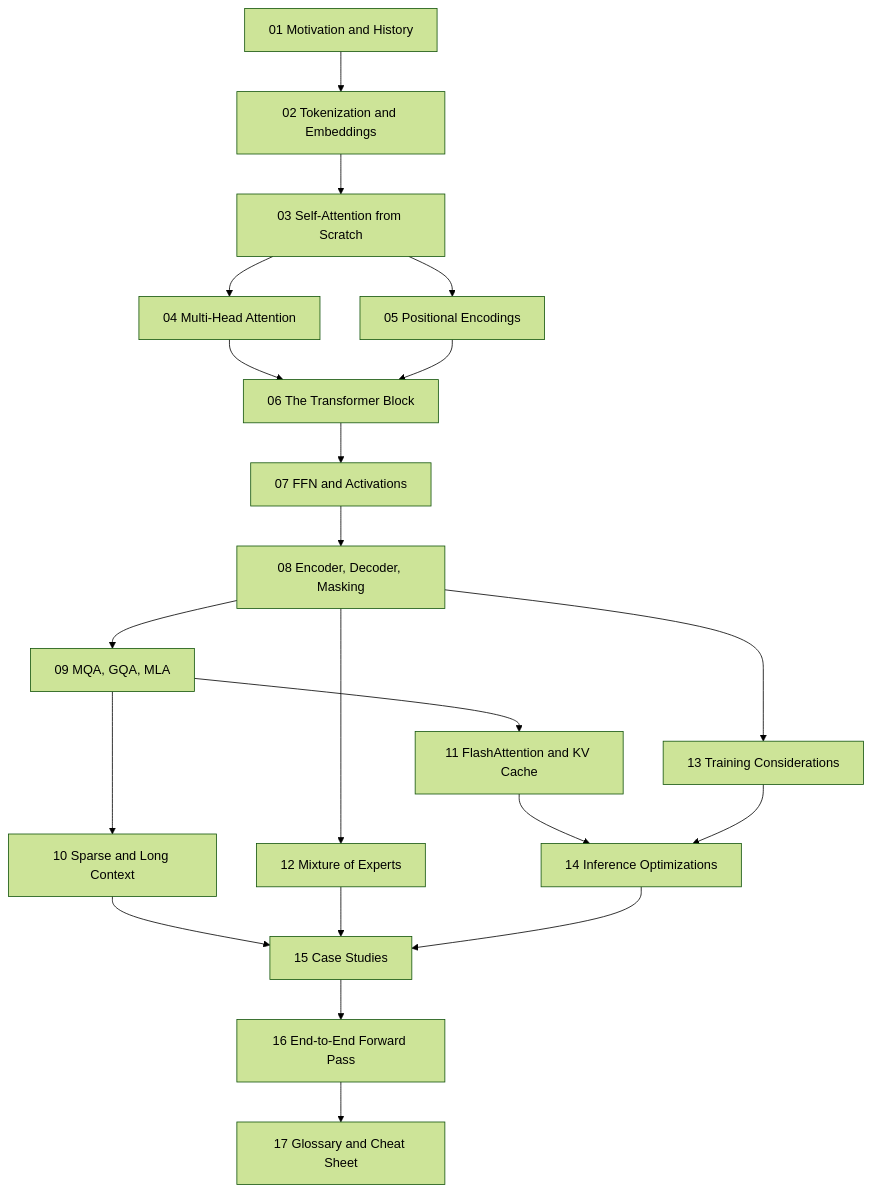
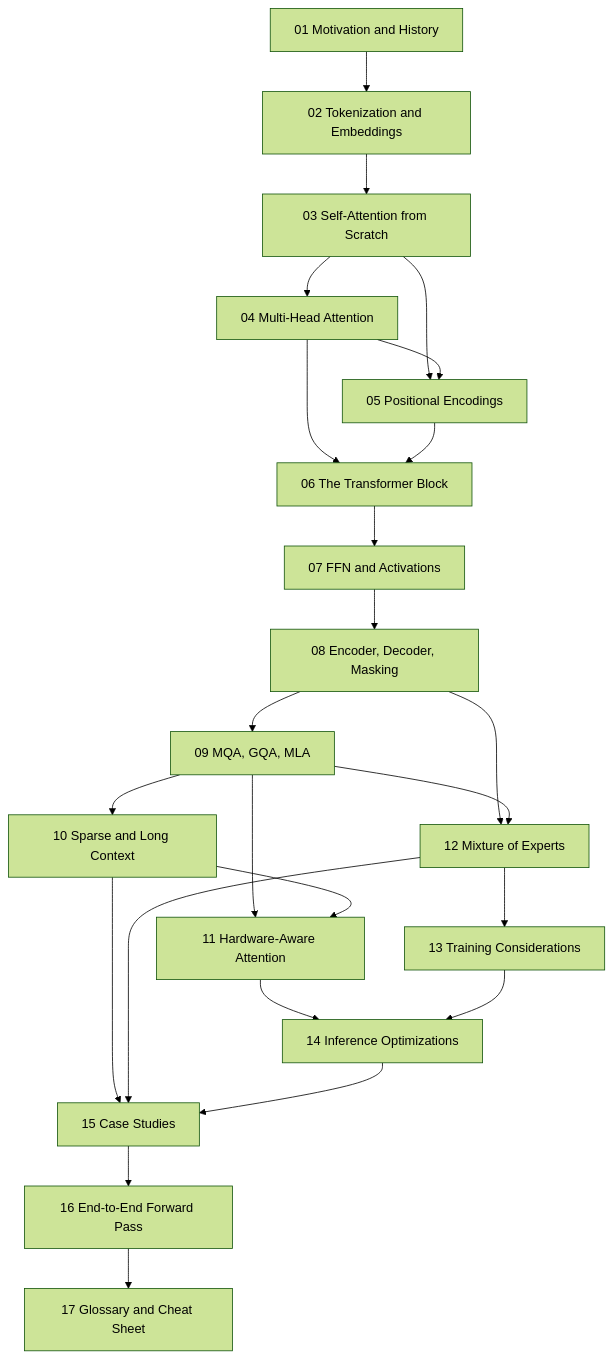
One commit to alliedbrother/ml-interview-notes changed the diagram in content/courses/transformers/00-README.md. Above: the diagram before and after it, drawn with Mermaid (forest theme). The commit also changed 7 other files, not shown here.

````diff
--- a/content/courses/transformers/00-README.md
+++ b/content/courses/transformers/00-README.md
@@ -84,23 +84,26 @@
 ```mermaid
 flowchart TD
     M01[01 Motivation and History] --> M02[02 Tokenization and Embeddings]
     M02 --> M03[03 Self-Attention from Scratch]
     M03 --> M04[04 Multi-Head Attention]
     M03 --> M05[05 Positional Encodings]
+    M04 --> M05
     M04 --> M06[06 The Transformer Block]
     M05 --> M06
     M06 --> M07[07 FFN and Activations]
     M07 --> M08[08 Encoder, Decoder, Masking]
     M08 --> M09[09 MQA, GQA, MLA]
     M08 --> M12[12 Mixture of Experts]
+    M09 --> M12
     M09 --> M10[10 Sparse and Long Context]
-    M09 --> M11[11 FlashAttention and KV Cache]
+    M09 --> M11[11 Hardware-Aware Attention]
+    M10 --> M11
     M10 --> M15[15 Case Studies]
     M11 --> M14[14 Inference Optimizations]
     M12 --> M15
-    M08 --> M13[13 Training Considerations]
+    M12 --> M13[13 Training Considerations]
     M13 --> M14
     M14 --> M15
     M15 --> M16[16 End-to-End Forward Pass]
     M16 --> M17[17 Glossary and Cheat Sheet]
 ```
````
